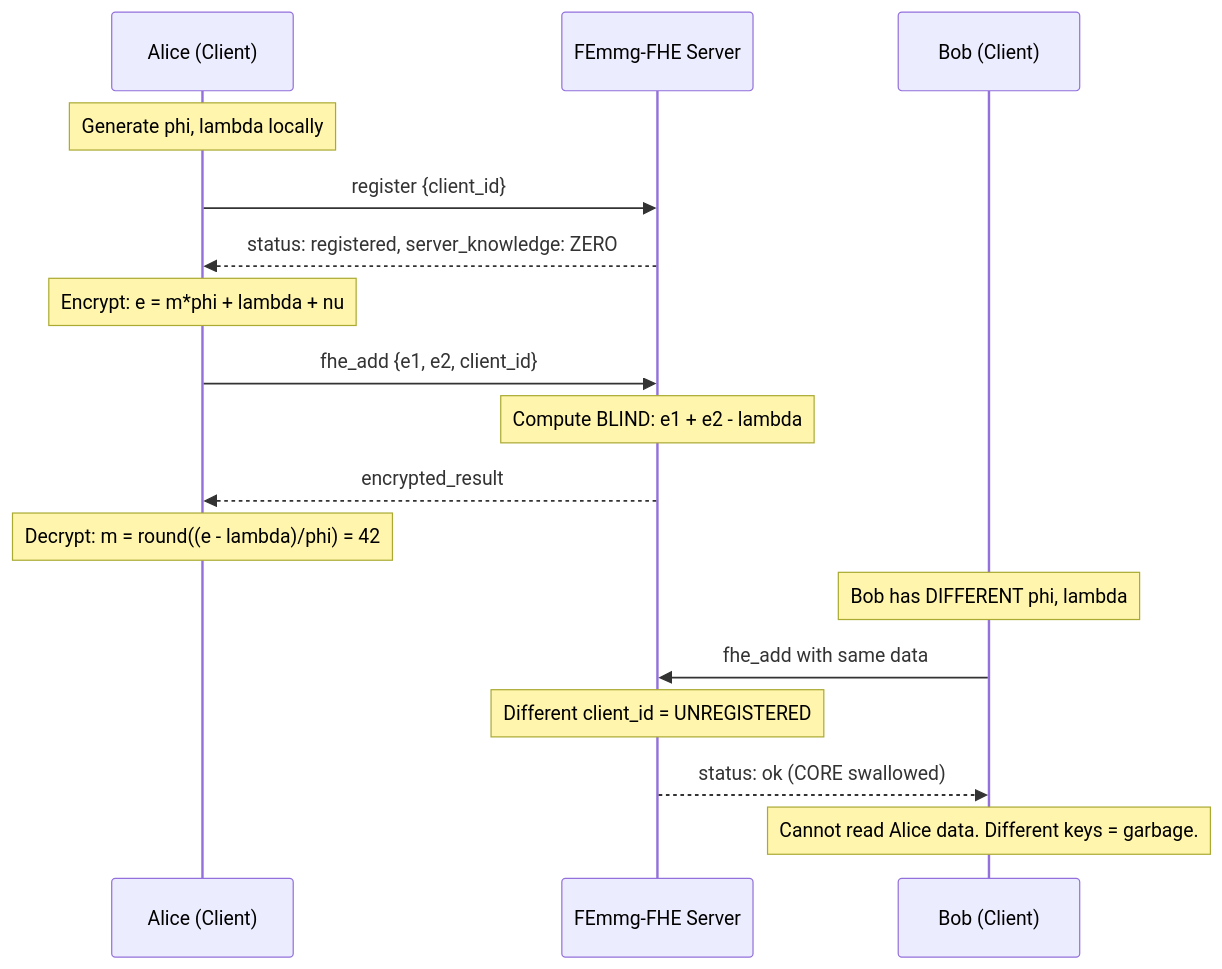
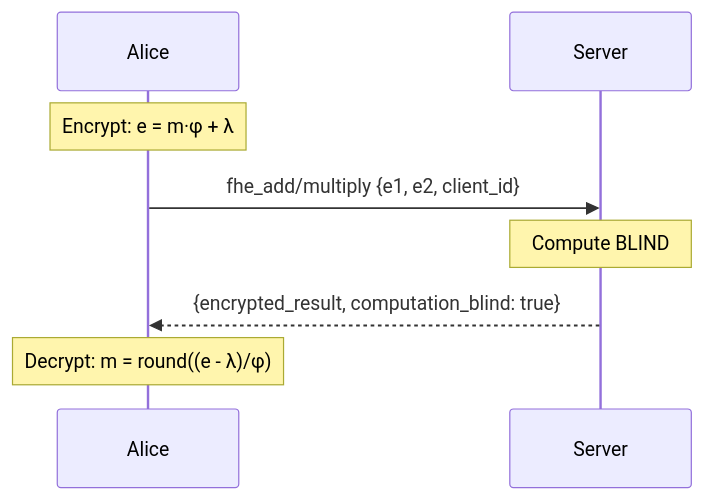
The diagram in README.md (primordialomegazero/femmgFHE), drawn with Mermaid before and after one commit. The commit also changed other lines of this file and 1 other file, not shown here.

````diff
--- a/README.md
+++ b/README.md
@@ -150,24 +133,10 @@
 ```mermaid
 sequenceDiagram
-    participant Alice as Alice (Client)
-    participant Server as FEmmg-FHE Server
-    participant Bob as Bob (Client)
-    
-    Note over Alice: Generate phi, lambda locally
-    Alice->>Server: register {client_id}
-    Server-->>Alice: status: registered, server_knowledge: ZERO
-    
-    Note over Alice: Encrypt: e = m*phi + lambda + nu
-    Alice->>Server: fhe_add {e1, e2, client_id}
-    Note over Server: Compute BLIND: e1 + e2 - lambda
-    Server-->>Alice: encrypted_result
-    
-    Note over Alice: Decrypt: m = round((e - lambda)/phi) = 42
-    
-    Note over Bob: Bob has DIFFERENT phi, lambda
-    Bob->>Server: fhe_add with same data
-    Note over Server: Different client_id = UNREGISTERED
-    Server-->>Bob: status: ok (CORE swallowed)
-    
-    Note over Bob: Cannot read Alice data. Different keys = garbage.
+    participant Alice
+    participant Server
+    Note over Alice: Encrypt: e = m·φ + λ
+    Alice->>Server: fhe_add/multiply {e1, e2, client_id}
+    Note over Server: Compute BLIND
+    Server-->>Alice: {encrypted_result, computation_blind: true}
+    Note over Alice: Decrypt: m = round((e - λ)/φ)
 ```
````
